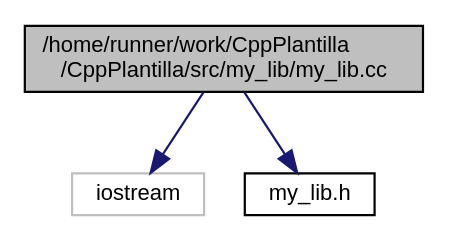
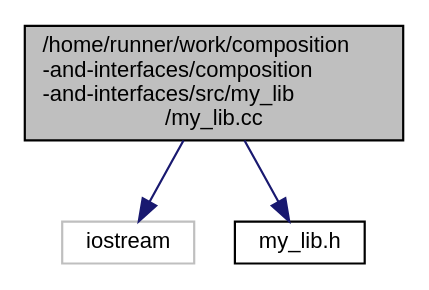
The diagram in my__lib_8cc__incl.dot (LuisPalacios/composition-and-interfaces), drawn with Graphviz before and after one commit. The commit also changed 8 other files, not shown here.

```diff
--- a/my__lib_8cc__incl.dot
+++ b/my__lib_8cc__incl.dot
@@ -1,11 +1,11 @@
-digraph "/home/runner/work/CppPlantilla/CppPlantilla/src/my_lib/my_lib.cc"
+digraph "/home/runner/work/composition-and-interfaces/composition-and-interfaces/src/my_lib/my_lib.cc"
 {
  // LATEX_PDF_SIZE
   edge [fontname="Helvetica",fontsize="10",labelfontname="Helvetica",labelfontsize="10"];
   node [fontname="Helvetica",fontsize="10",shape=record];
-  Node1 [label="/home/runner/work/CppPlantilla\l/CppPlantilla/src/my_lib/my_lib.cc",height=0.2,width=0.4,color="black", fillcolor="grey75", style="filled", fontcolor="black",tooltip=" "];
+  Node1 [label="/home/runner/work/composition\l-and-interfaces/composition\l-and-interfaces/src/my_lib\l/my_lib.cc",height=0.2,width=0.4,color="black", fillcolor="grey75", style="filled", fontcolor="black",tooltip=" "];
   Node1 -> Node2 [color="midnightblue",fontsize="10",style="solid",fontname="Helvetica"];
   Node2 [label="iostream",height=0.2,width=0.4,color="grey75", fillcolor="white", style="filled",tooltip=" "];
   Node1 -> Node3 [color="midnightblue",fontsize="10",style="solid",fontname="Helvetica"];
   Node3 [label="my_lib.h",height=0.2,width=0.4,color="black", fillcolor="white", style="filled",URL="$my__lib_8h.html",tooltip=" "];
 }
```
